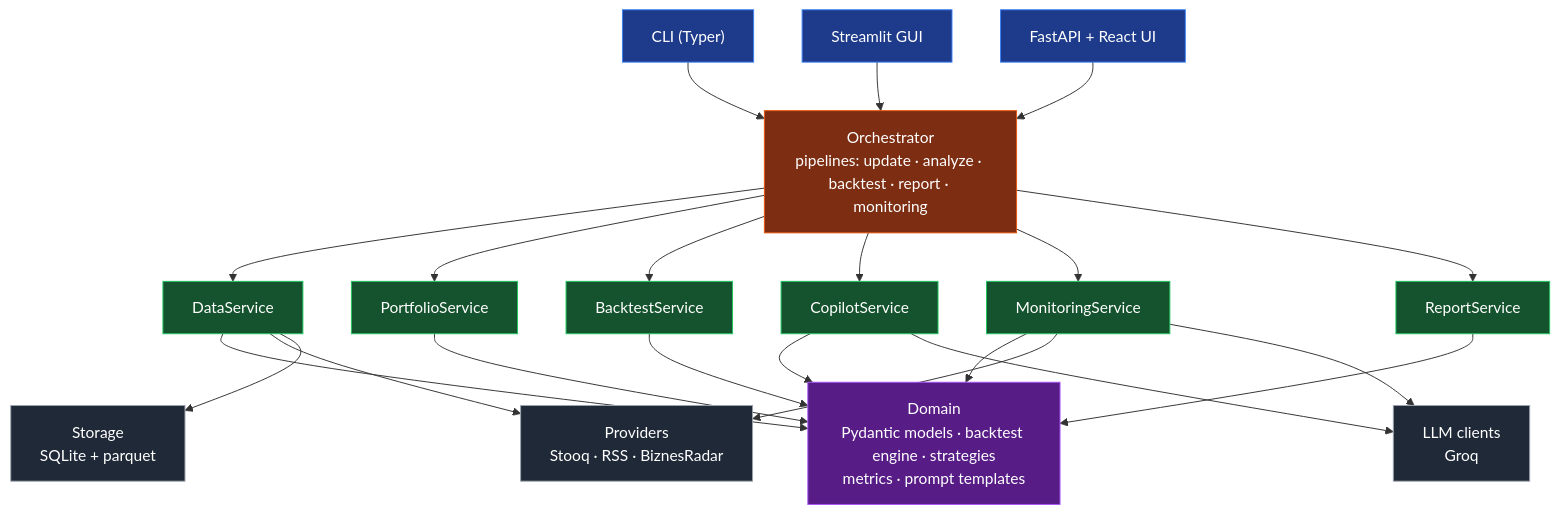
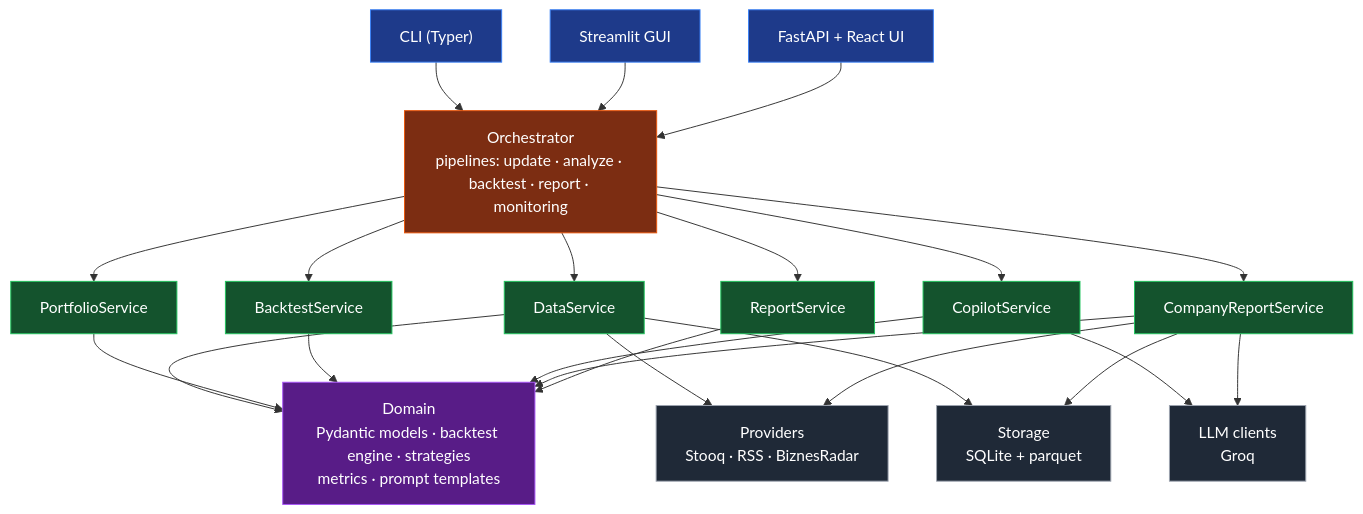
The diagram in README.md (damiankot-engineering/investment_copilot), drawn with Mermaid before and after one commit. The commit also changed other lines of this file and 23 other files, not shown here.

````diff
--- a/README.md
+++ b/README.md
@@ -85,36 +85,36 @@
 ```mermaid
 flowchart TB
     classDef entry fill:#1e3a8a,stroke:#3b82f6,color:#fff
     classDef orch  fill:#7c2d12,stroke:#ea580c,color:#fff
     classDef svc   fill:#14532d,stroke:#22c55e,color:#fff
     classDef dom   fill:#581c87,stroke:#a855f7,color:#fff
     classDef infra fill:#1f2937,stroke:#9ca3af,color:#fff
 
     CLI["CLI (Typer)"]:::entry
     ST["Streamlit GUI"]:::entry
     API["FastAPI + React UI"]:::entry
 
     ORCH["Orchestrator<br/>pipelines: update · analyze · backtest · report · monitoring"]:::orch
 
     DATA[DataService]:::svc
     PORT[PortfolioService]:::svc
     BACK[BacktestService]:::svc
     COP[CopilotService]:::svc
-    MON[MonitoringService]:::svc
+    CR[CompanyReportService]:::svc
     REP[ReportService]:::svc
 
     DOM["Domain<br/>Pydantic models · backtest engine · strategies<br/>metrics · prompt templates"]:::dom
 
     PROV["Providers<br/>Stooq · RSS · BiznesRadar"]:::infra
     LLM["LLM clients<br/>Groq"]:::infra
     STOR["Storage<br/>SQLite + parquet"]:::infra
 
     CLI  --> ORCH
     ST   --> ORCH
     API  --> ORCH
-    ORCH --> DATA & PORT & BACK & COP & MON & REP
-    DATA & PORT & BACK & COP & MON & REP --> DOM
-    DATA & MON --> PROV
-    DATA --> STOR
-    COP & MON --> LLM
+    ORCH --> DATA & PORT & BACK & COP & CR & REP
+    DATA & PORT & BACK & COP & CR & REP --> DOM
+    DATA & CR --> PROV
+    DATA & CR --> STOR
+    COP & CR --> LLM
 ```
````
